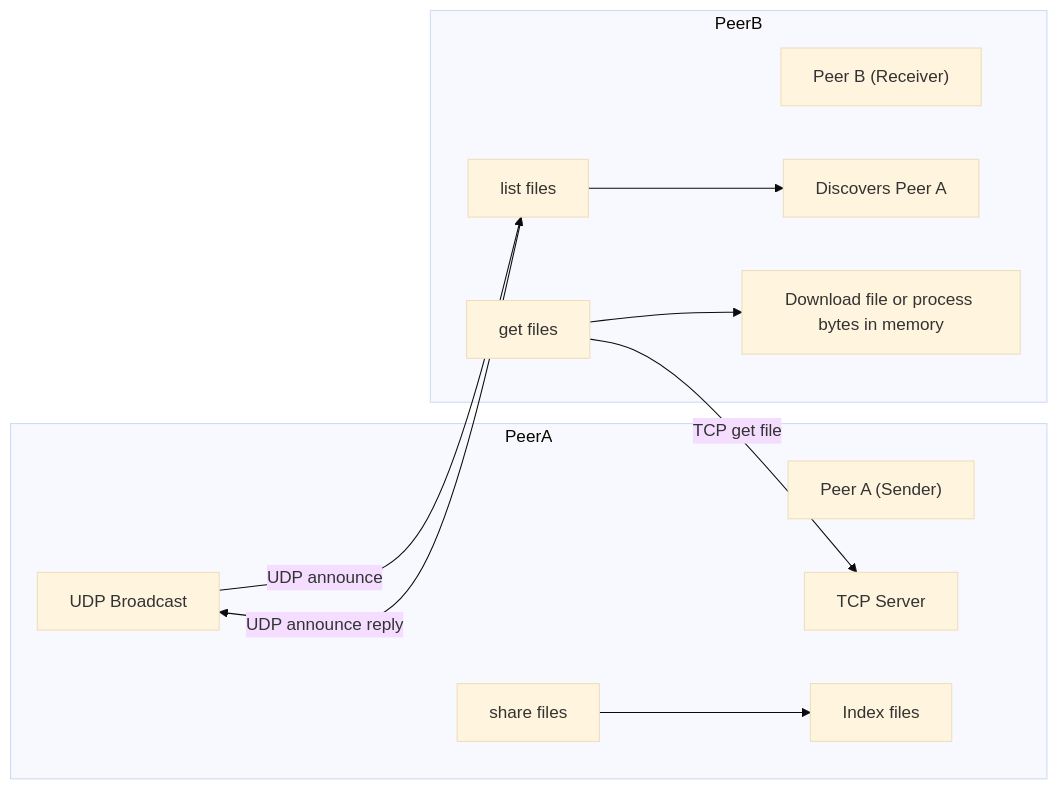
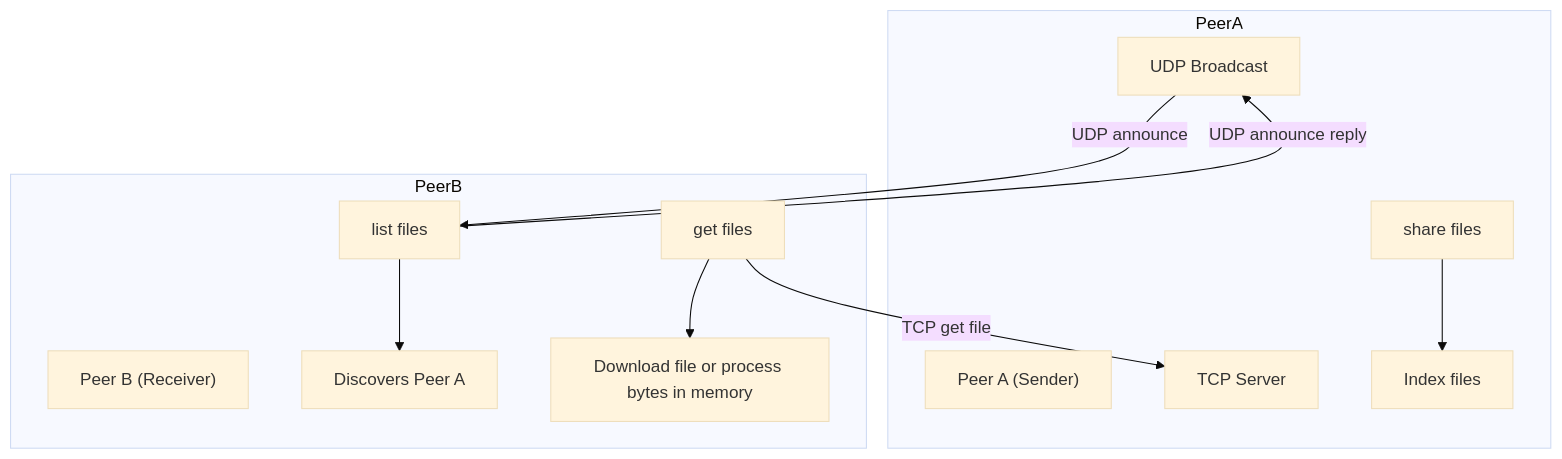
The diagram in README.md (vamsi-karnam/openfilenet), drawn with Mermaid (base theme) before and after one commit.

````diff
--- a/README.md
+++ b/README.md
@@ -44,20 +44,20 @@
 ```mermaid
-flowchart LR
+flowchart TD
 
 subgraph PeerA
   A0["Peer A (Sender)"]
   A1[share files] --> A2[Index files]
   A3[UDP Broadcast]
   A4[TCP Server]
 end
 
 subgraph PeerB
   B0["Peer B (Receiver)"]
   B1[list files] --> B2[Discovers Peer A]
   B3[get files] --> B4[Download file or process bytes in memory]
 end
 
 A3 -- "UDP announce" --> B1
 B1 -- "UDP announce reply" --> A3
 B3 -- "TCP get file" --> A4
 ```
````
